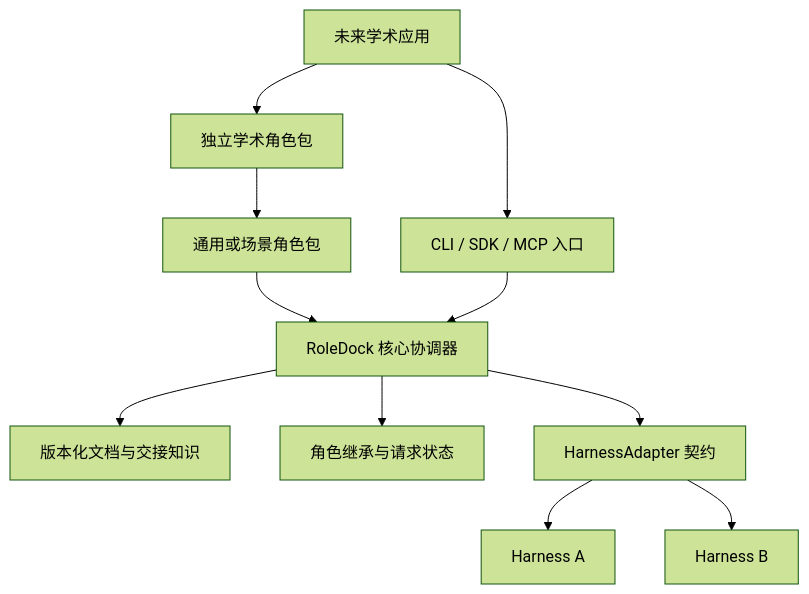
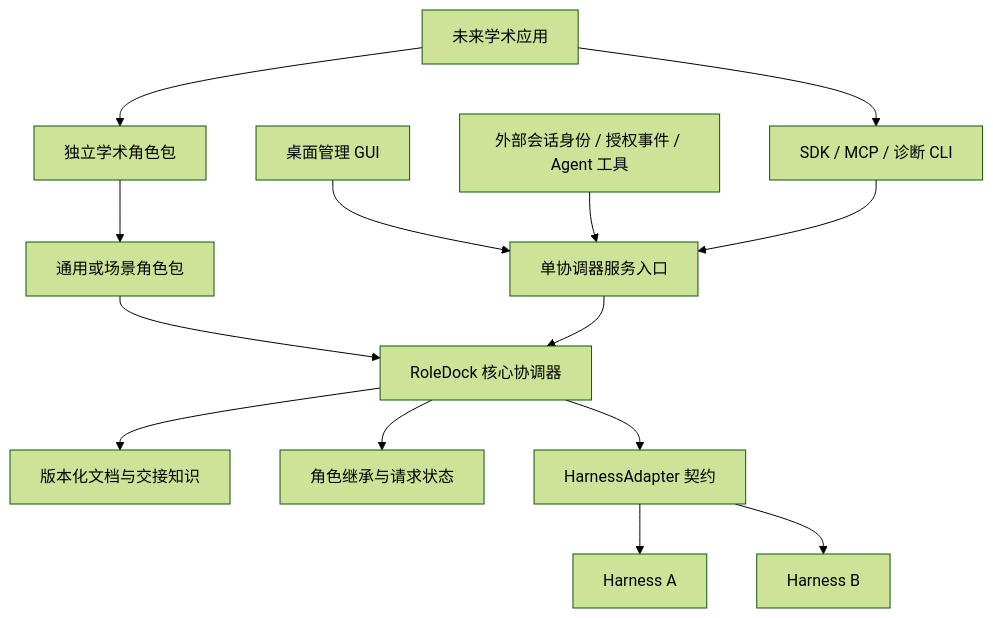
The diagram in docs/DEVELOPMENT_PLAN.md (INKEM/RoleDock), drawn with Mermaid (forest theme) before and after one commit. The commit also changed other lines of this file and 29 other files, not shown here.

````diff
--- a/docs/DEVELOPMENT_PLAN.md
+++ b/docs/DEVELOPMENT_PLAN.md
@@ -186,13 +196,16 @@
 ```mermaid
 flowchart TB
     P[通用或场景角色包] --> C[RoleDock 核心协调器]
     C --> D[版本化文档与交接知识]
     C --> R[角色继承与请求状态]
     C --> A[HarnessAdapter 契约]
     A --> H1[Harness A]
     A --> H2[Harness B]
-    CLI[CLI / SDK / MCP 入口] --> C
-    S[未来学术应用] --> CLI
+    GUI[桌面管理 GUI] --> E[单协调器服务入口]
+    EXT[外部会话身份 / 授权事件 / Agent 工具] --> E
+    SDK[SDK / MCP / 诊断 CLI] --> E
+    E --> C
+    S[未来学术应用] --> SDK
     S --> AP[独立学术角色包]
     AP --> P
 ```
````
